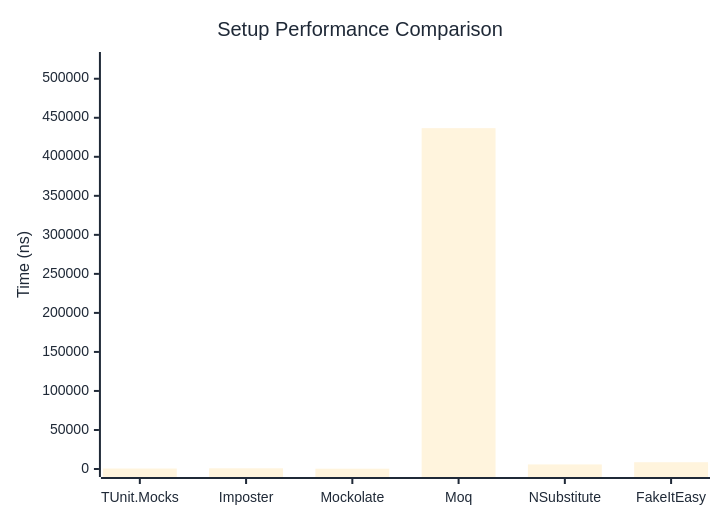
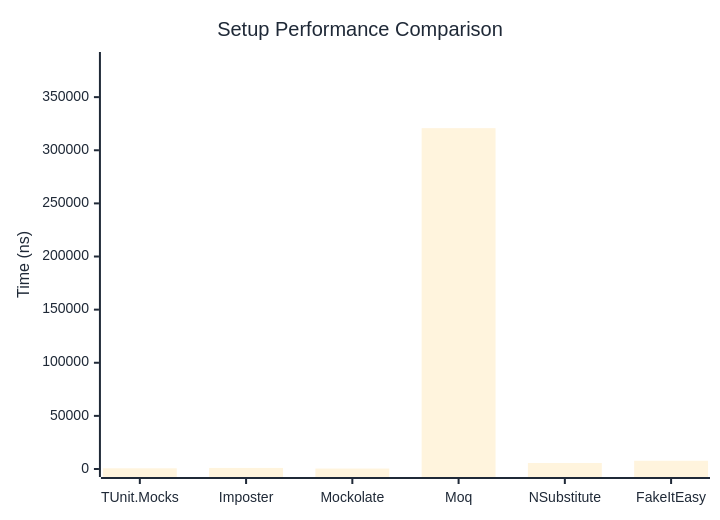
One commit to thomhurst/TUnit changed the first of 2 diagrams in docs/docs/benchmarks/mocks/Setup.md. Above: the diagram before and after it, drawn with Mermaid. The commit also changed other lines of this file and 14 other files, not shown here.

````diff
--- a/docs/docs/benchmarks/mocks/Setup.md
+++ b/docs/docs/benchmarks/mocks/Setup.md
@@ -30,27 +30,27 @@
 ```mermaid
 %%{init: {
   'theme':'base',
   'themeVariables': {
     'primaryColor': '#2563eb',
     'primaryTextColor': '#1f2937',
     'primaryBorderColor': '#1e40af',
     'lineColor': '#6b7280',
     'secondaryColor': '#7c3aed',
     'tertiaryColor': '#dc2626',
     'background': '#ffffff',
     'pie1': '#2563eb',
     'pie2': '#7c3aed',
     'pie3': '#dc2626',
     'pie4': '#f59e0b',
     'pie5': '#10b981',
     'pie6': '#06b6d4',
     'pie7': '#ec4899',
     'pie8': '#6366f1'
   }
 }}%%
 xychart-beta
   title "Setup Performance Comparison"
   x-axis ["TUnit.Mocks", "Imposter", "Mockolate", "Moq", "NSubstitute", "FakeItEasy"]
-  y-axis "Time (ns)" 0 --> 524014
-  bar [588.8, 895.6, 377.4, 436678, 5855, 8695.7]
+  y-axis "Time (ns)" 0 --> 384957
+  bar [643.9, 1010.5, 404.9, 320796.8, 5663, 7755.5]
 ```
````
